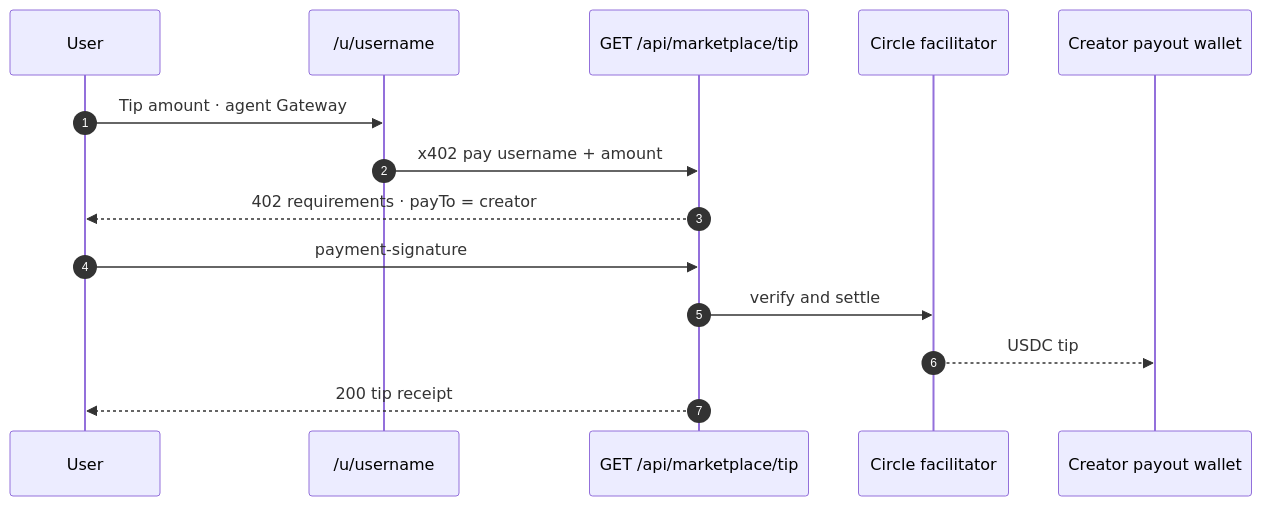
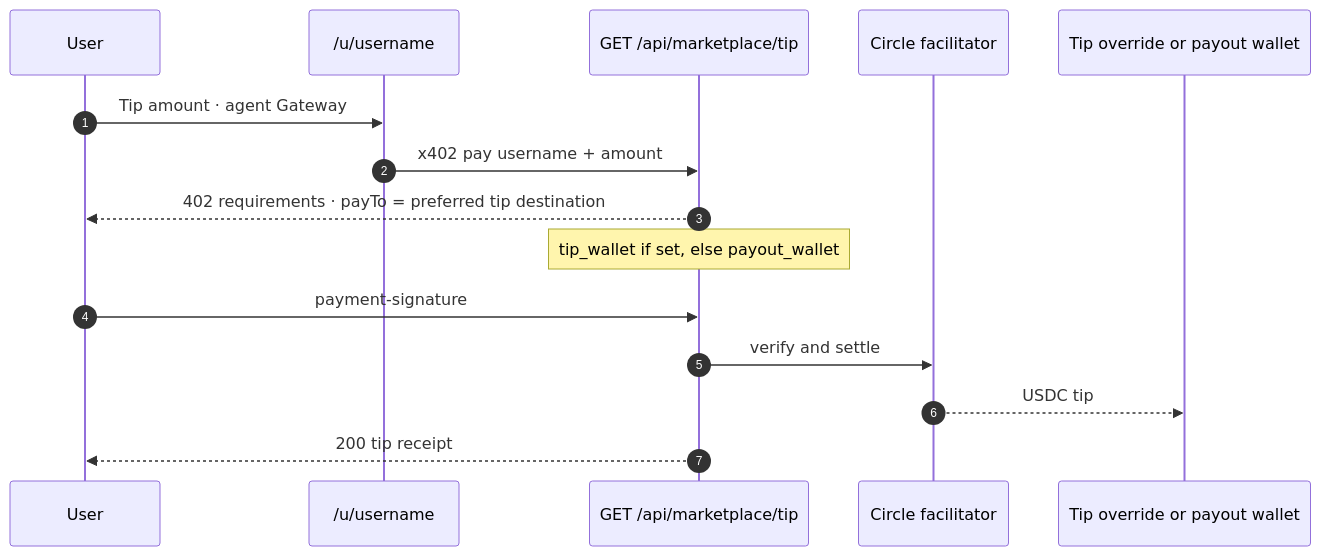
The eighth of 9 diagrams in README.md (rudazy/citation-agent), drawn with Mermaid before and after one commit. The commit also changed other lines of this file and 9 other files, not shown here.

````diff
--- a/README.md
+++ b/README.md
@@ -266,17 +294,18 @@
 ```mermaid
 sequenceDiagram
   autonumber
   participant User
   participant Profile as /u/username
   participant Tip as GET /api/marketplace/tip
   participant Fac as Circle facilitator
-  participant Creator as Creator payout wallet
+  participant Payee as Tip override or payout wallet
 
   User->>Profile: Tip amount · agent Gateway
   Profile->>Tip: x402 pay username + amount
-  Tip-->>User: 402 requirements · payTo = creator
+  Tip-->>User: 402 requirements · payTo = preferred tip destination
+  Note over Tip: tip_wallet if set, else payout_wallet
   User->>Tip: payment-signature
   Tip->>Fac: verify and settle
-  Fac-->>Creator: USDC tip
+  Fac-->>Payee: USDC tip
   Tip-->>User: 200 tip receipt
 ```
````
